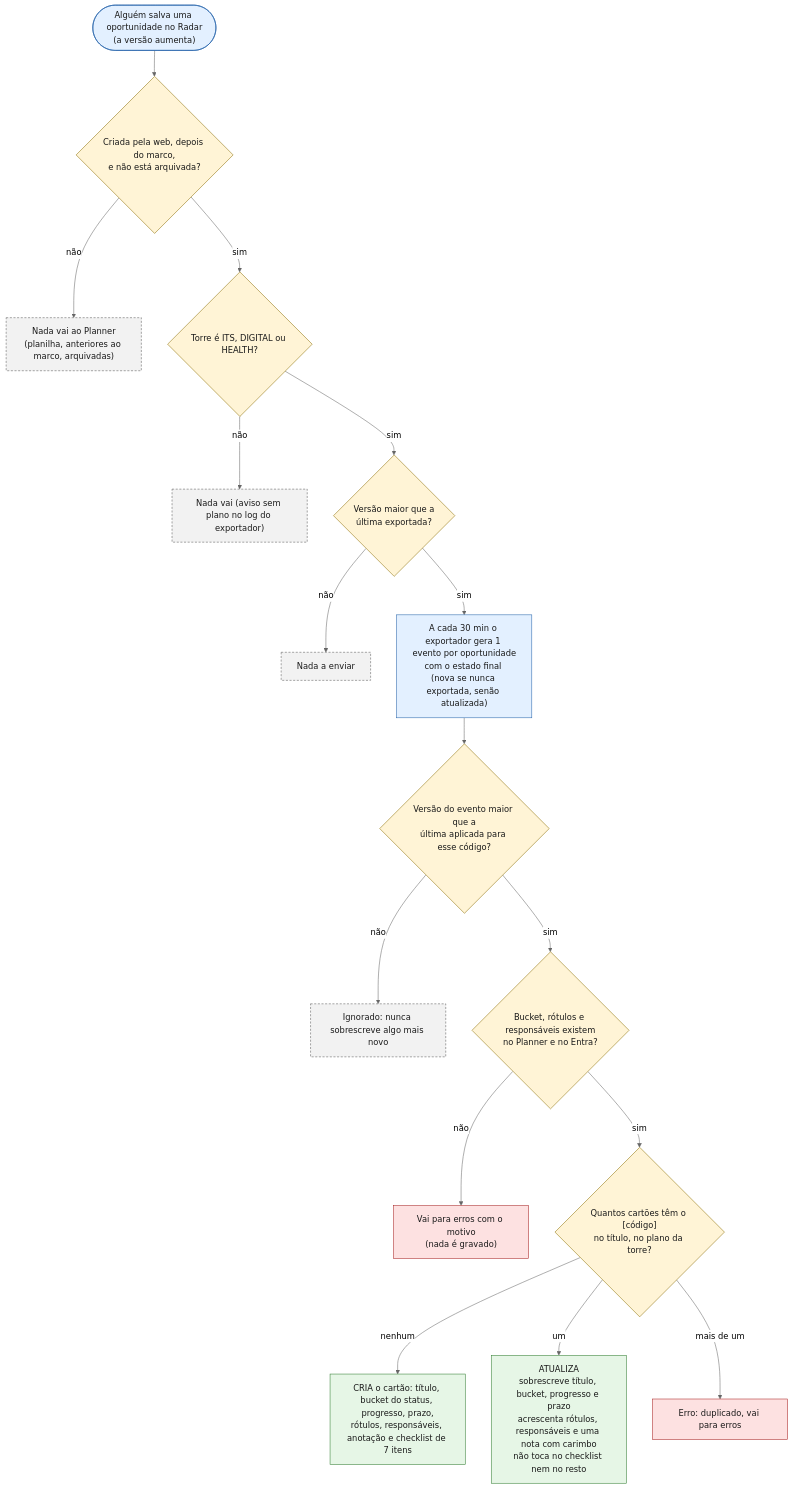
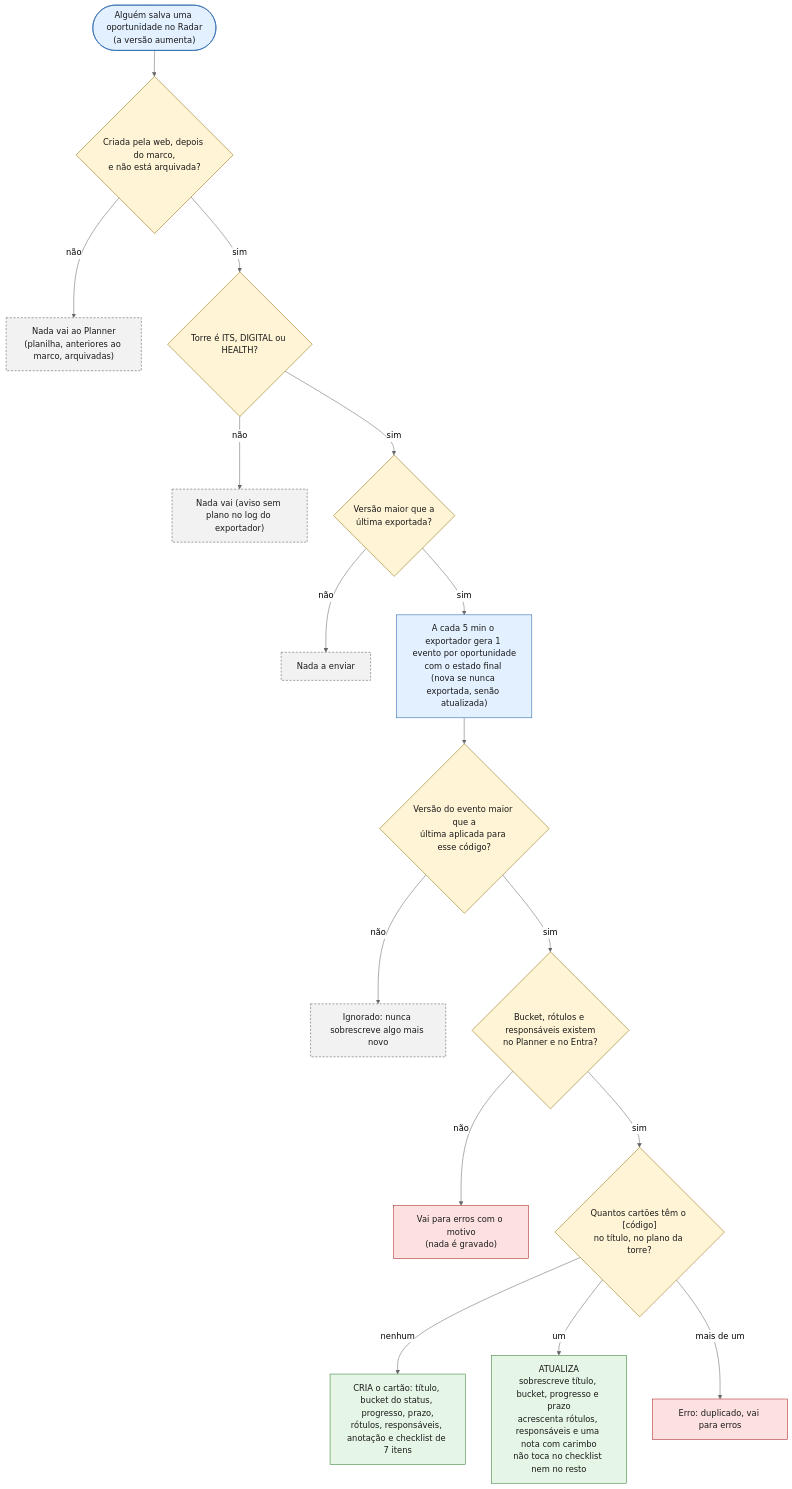
Before and after one commit to agentanalisedegoverno-svg/dashboard-metrics-team: the first of 2 diagrams in docs/INTEGRACAO-PLANNER.md, drawn with Mermaid (neutral theme). The commit also changed other lines of this file and 15 other files, not shown here.

````diff
--- a/docs/INTEGRACAO-PLANNER.md
+++ b/docs/INTEGRACAO-PLANNER.md
@@ -31,24 +31,24 @@
 ```mermaid
 flowchart TB
   classDef passo fill:#e3f0ff,stroke:#1f5fa8,color:#1a1a1a
   classDef decisao fill:#fff4d6,stroke:#8a6d00,color:#1a1a1a
   classDef nada fill:#f2f2f2,stroke:#555555,stroke-dasharray:4 3,color:#1a1a1a
   classDef erro fill:#fde1e1,stroke:#a61f1f,color:#1a1a1a
   classDef ok fill:#e6f6e6,stroke:#2d7a2d,color:#1a1a1a
 
   A(["Alguém salva uma oportunidade no Radar<br/>(a versão aumenta)"]):::passo --> B{"Criada pela web, depois do marco,<br/>e não está arquivada?"}:::decisao
   B -->|"não"| X1["Nada vai ao Planner<br/>(planilha, anteriores ao marco, arquivadas)"]:::nada
   B -->|"sim"| C{"Torre é ITS, DIGITAL ou HEALTH?"}:::decisao
   C -->|"não"| X2["Nada vai (aviso sem plano no log do exportador)"]:::nada
   C -->|"sim"| D{"Versão maior que a<br/>última exportada?"}:::decisao
   D -->|"não"| X3["Nada a enviar"]:::nada
-  D -->|"sim"| E["A cada 30 min o exportador gera 1 evento por oportunidade<br/>com o estado final (nova se nunca exportada, senão atualizada)"]:::passo
+  D -->|"sim"| E["A cada 5 min o exportador gera 1 evento por oportunidade<br/>com o estado final (nova se nunca exportada, senão atualizada)"]:::passo
   E --> V{"Versão do evento maior que a<br/>última aplicada para esse código?"}:::decisao
   V -->|"não"| IG["Ignorado: nunca sobrescreve algo mais novo"]:::nada
   V -->|"sim"| R{"Bucket, rótulos e responsáveis existem<br/>no Planner e no Entra?"}:::decisao
   R -->|"não"| ER["Vai para erros com o motivo<br/>(nada é gravado)"]:::erro
   R -->|"sim"| F{"Quantos cartões têm o [código]<br/>no título, no plano da torre?"}:::decisao
   F -->|"nenhum"| G["CRIA o cartão: título, bucket do status, progresso, prazo,<br/>rótulos, responsáveis, anotação e checklist de 7 itens"]:::ok
   F -->|"um"| H["ATUALIZA<br/>sobrescreve título, bucket, progresso e prazo<br/>acrescenta rótulos, responsáveis e uma nota com carimbo<br/>não toca no checklist nem no resto"]:::ok
   F -->|"mais de um"| ER2["Erro: duplicado, vai para erros"]:::erro
 ```
````
